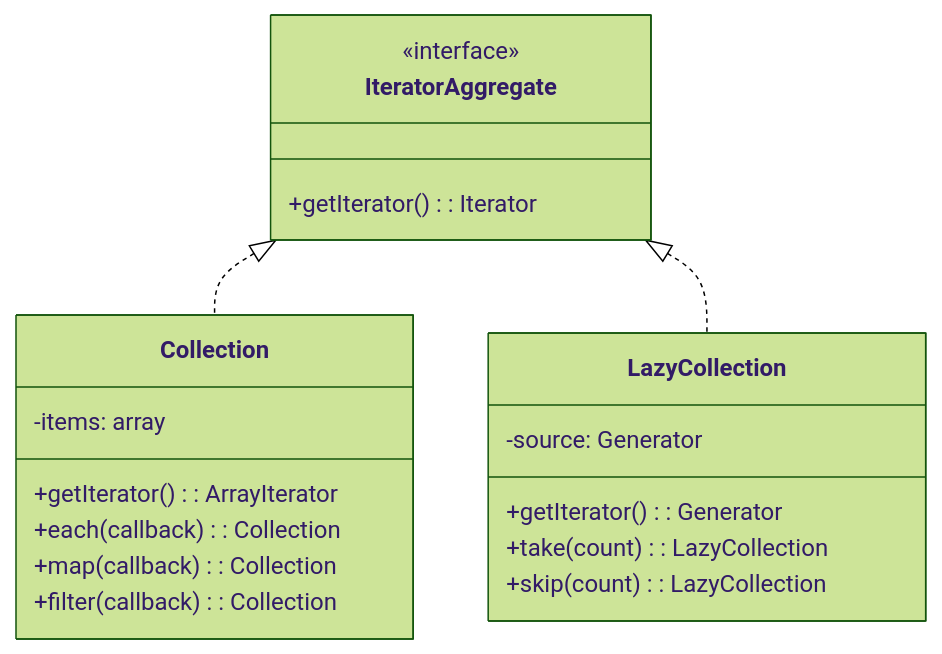
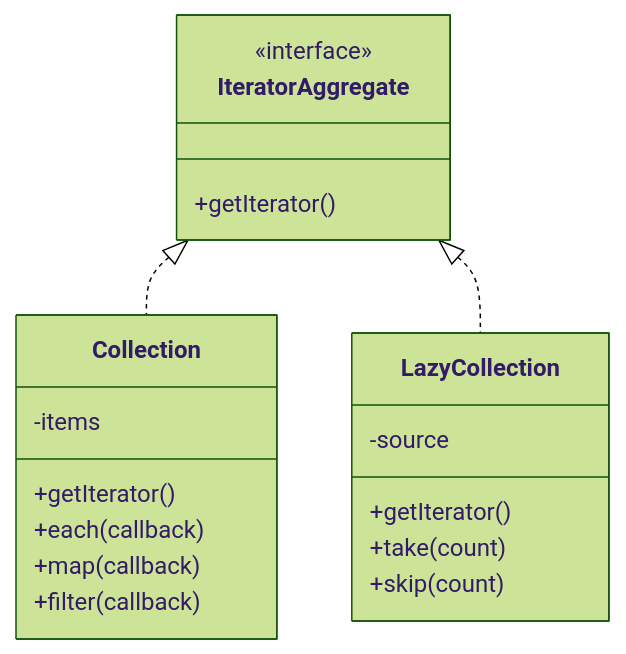
One commit to fanly/DesignPattern changed the second of 2 diagrams in resources/design-patterns/laravel/behavioral/iterator_en.md. Above: the diagram before and after it, drawn with Mermaid (forest theme). The commit also changed other lines of this file and 103 other files, not shown here.

````diff
--- a/resources/design-patterns/laravel/behavioral/iterator_en.md
+++ b/resources/design-patterns/laravel/behavioral/iterator_en.md
@@ -49,25 +49,25 @@
 ```mermaid
 classDiagram
     class IteratorAggregate {
         <<interface>>
-        +getIterator(): Iterator
+        +getIterator()
     }
     
     class Collection {
-        -items: array
-        +getIterator(): ArrayIterator
-        +each(callback): Collection
-        +map(callback): Collection
-        +filter(callback): Collection
+        -items
+        +getIterator()
+        +each(callback)
+        +map(callback)
+        +filter(callback)
     }
     
     class LazyCollection {
-        -source: Generator
-        +getIterator(): Generator
-        +take(count): LazyCollection
-        +skip(count): LazyCollection
+        -source
+        +getIterator()
+        +take(count)
+        +skip(count)
     }
     
     IteratorAggregate <|.. Collection
     IteratorAggregate <|.. LazyCollection
 ```
````
